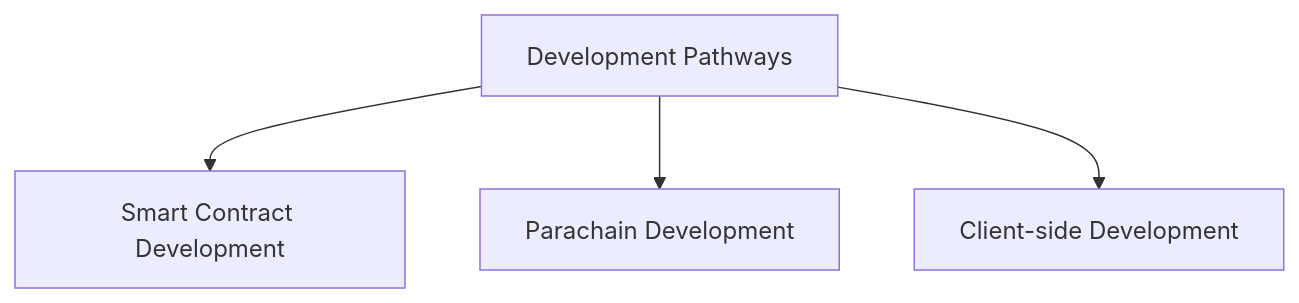
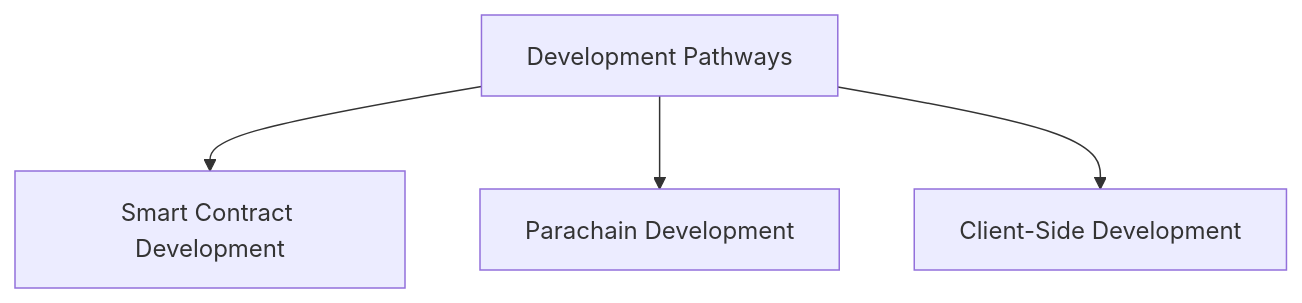
Before and after one commit to polkadot-developers/polkadot-docs: the diagram in develop/development-pathways.md, drawn with Mermaid. The commit also changed other lines of this file, not shown here.

Commit message:
Apply suggestions from code review

````diff
--- a/develop/development-pathways.md
+++ b/develop/development-pathways.md
@@ -15,7 +15,7 @@
 ```mermaid
 graph TD
     A[Development Pathways]
     A --> B[Smart Contract Development]
     A --> C[Parachain Development]
-    A --> D[Client-side Development]
+    A --> D[Client-Side Development]
 ```
````
